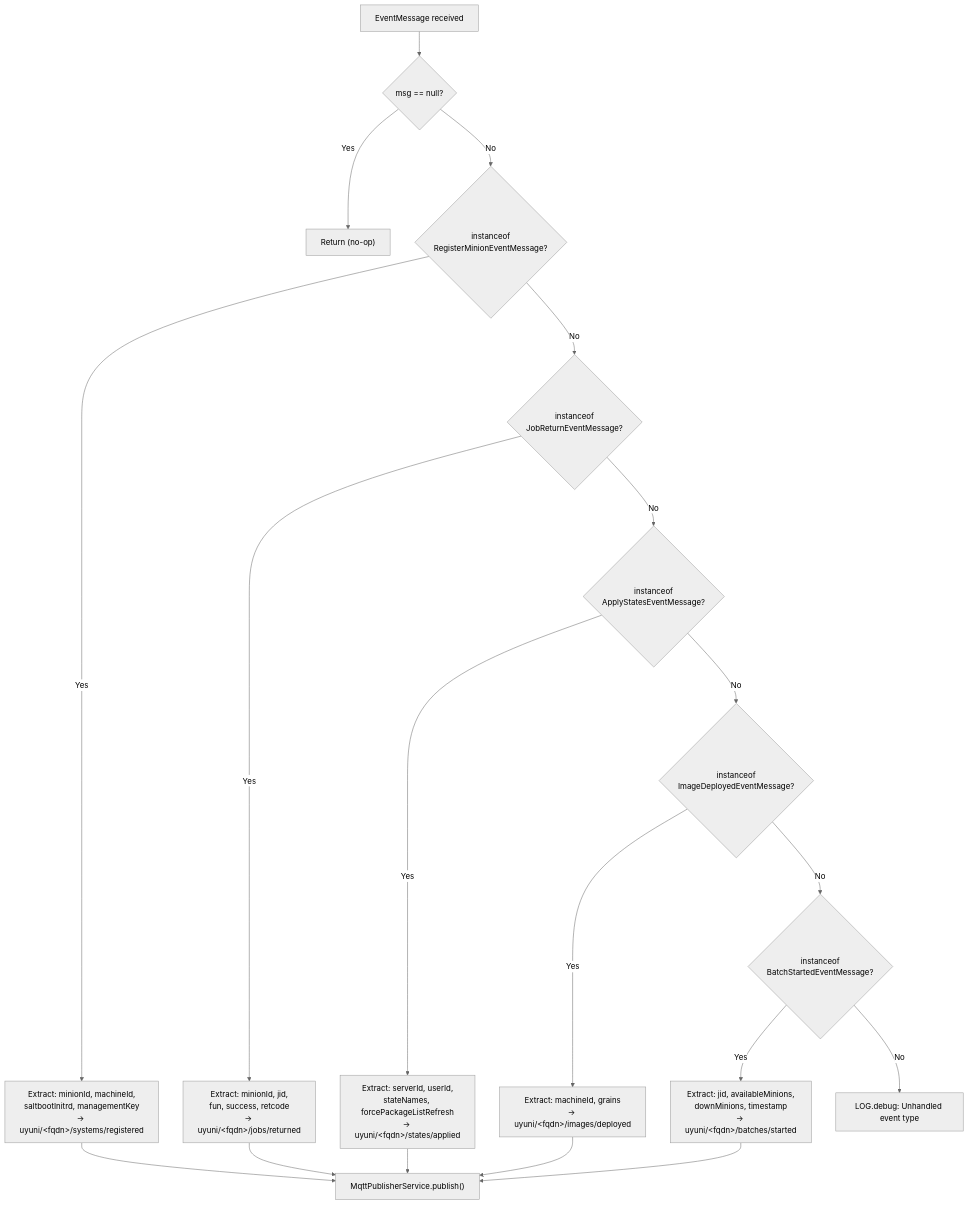
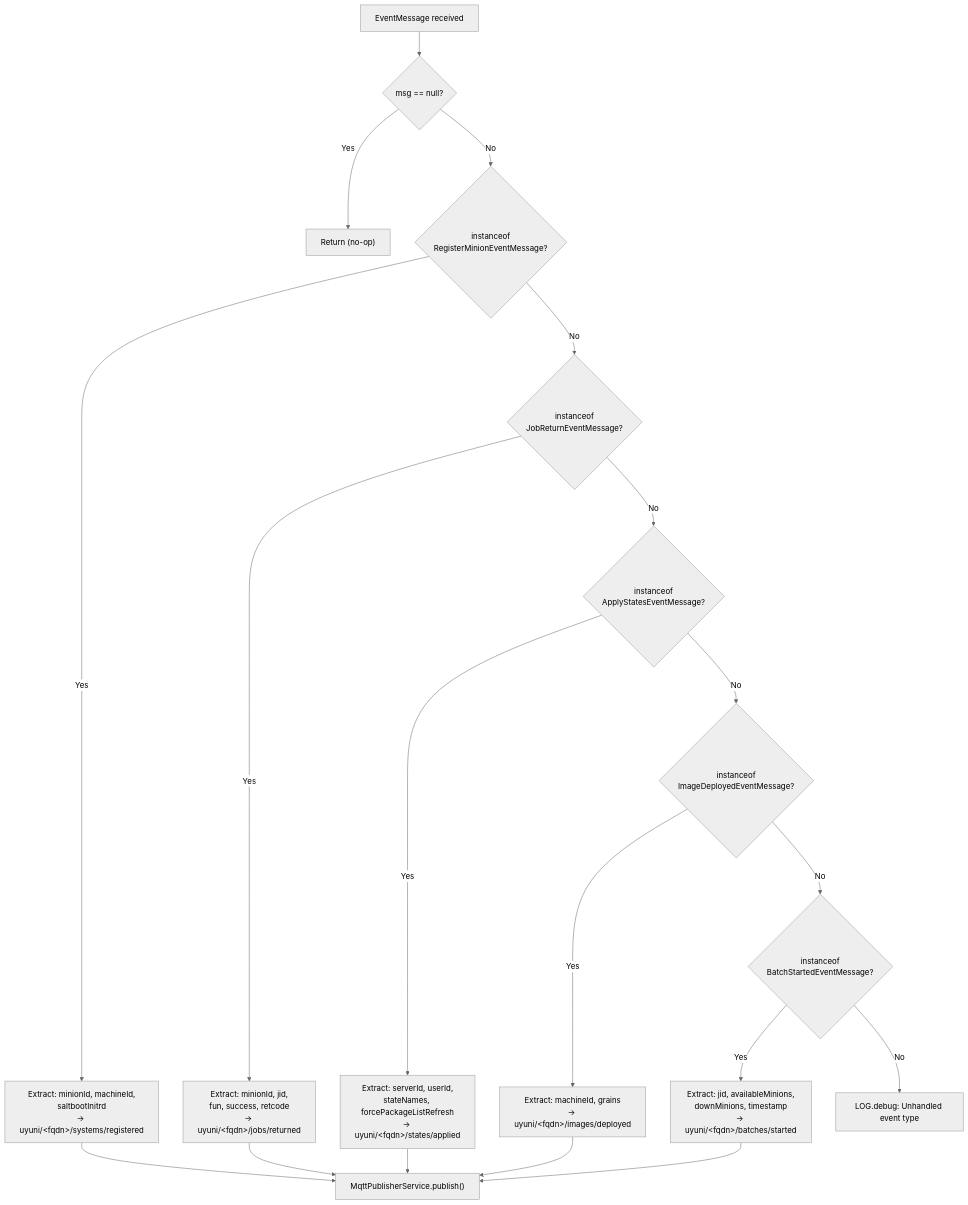
Before and after one commit to uyuni-project/uyuni-rfc: the seventh of 9 diagrams in accepted/00000-mqtt-event-publisher.md, drawn with Mermaid (neutral theme). The commit also changed other lines of this file, not shown here.

````diff
--- a/accepted/00000-mqtt-event-publisher.md
+++ b/accepted/00000-mqtt-event-publisher.md
@@ -341,22 +343,22 @@
 ```mermaid
 flowchart TD
     msg["EventMessage received"] --> null_check{"msg == null?"}
     null_check -- Yes --> discard["Return (no-op)"]
     null_check -- No --> reg{"instanceof<br/>RegisterMinionEventMessage?"}
-    reg -- Yes --> handle_reg["Extract: minionId, machineId,<br/>saltbootInitrd, managementKey<br/>→ uyuni/&lt;fqdn&gt;/systems/registered"]
+    reg -- Yes --> handle_reg["Extract: minionId, machineId,<br/>saltbootInitrd<br/>→ uyuni/&lt;fqdn&gt;/systems/registered"]
     reg -- No --> job{"instanceof<br/>JobReturnEventMessage?"}
     job -- Yes --> handle_job["Extract: minionId, jid,<br/>fun, success, retcode<br/>→ uyuni/&lt;fqdn&gt;/jobs/returned"]
     job -- No --> apply{"instanceof<br/>ApplyStatesEventMessage?"}
     apply -- Yes --> handle_apply["Extract: serverId, userId,<br/>stateNames, forcePackageListRefresh<br/>→ uyuni/&lt;fqdn&gt;/states/applied"]
     apply -- No --> image{"instanceof<br/>ImageDeployedEventMessage?"}
     image -- Yes --> handle_image["Extract: machineId, grains<br/>→ uyuni/&lt;fqdn&gt;/images/deployed"]
     image -- No --> batch{"instanceof<br/>BatchStartedEventMessage?"}
     batch -- Yes --> handle_batch["Extract: jid, availableMinions,<br/>downMinions, timestamp<br/>→ uyuni/&lt;fqdn&gt;/batches/started"]
     batch -- No --> log_debug["LOG.debug: Unhandled event type"]
 
     handle_reg --> publish["MqttPublisherService.publish()"]
     handle_job --> publish
     handle_apply --> publish
     handle_image --> publish
     handle_batch --> publish
 ```
````
